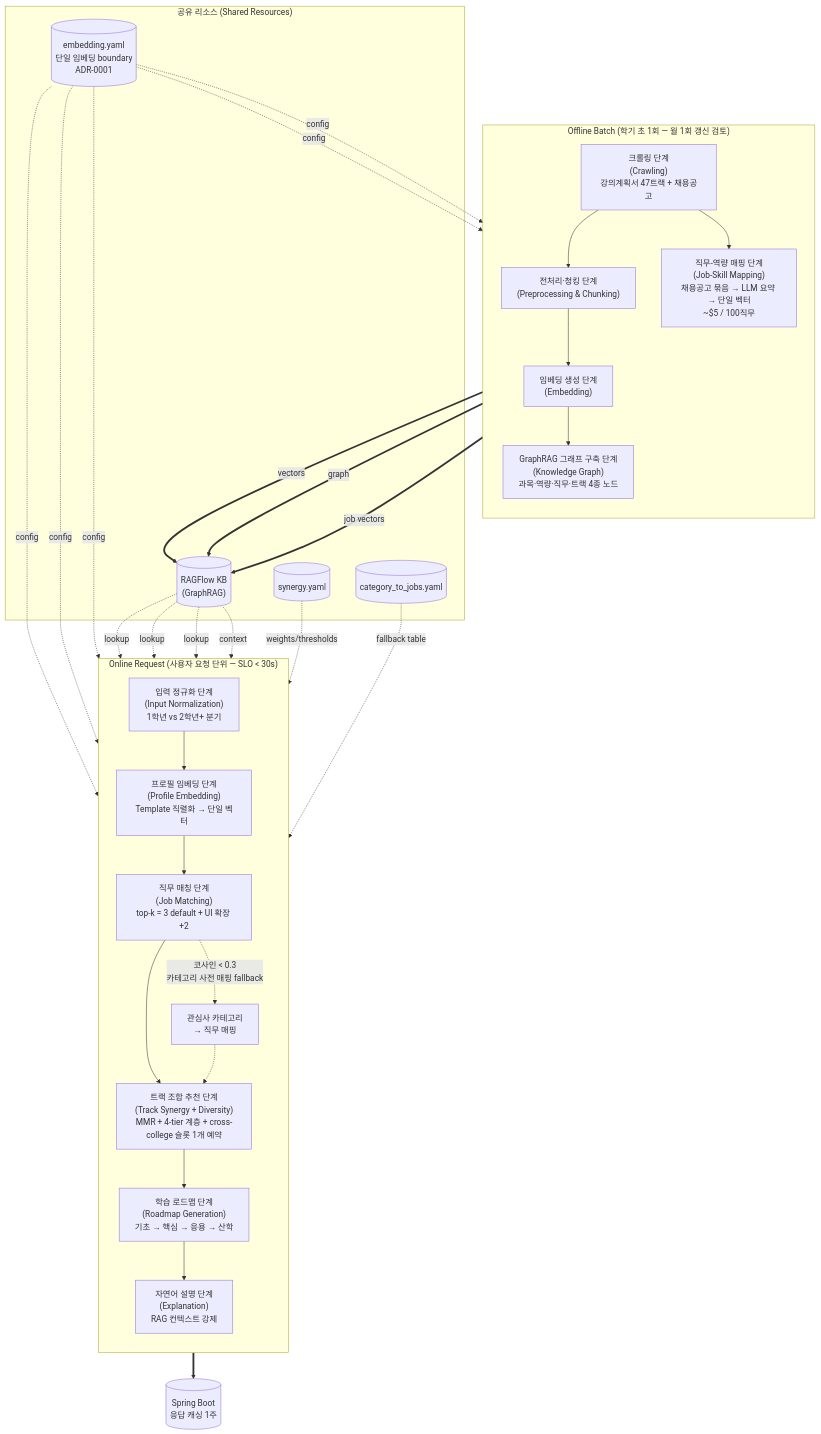
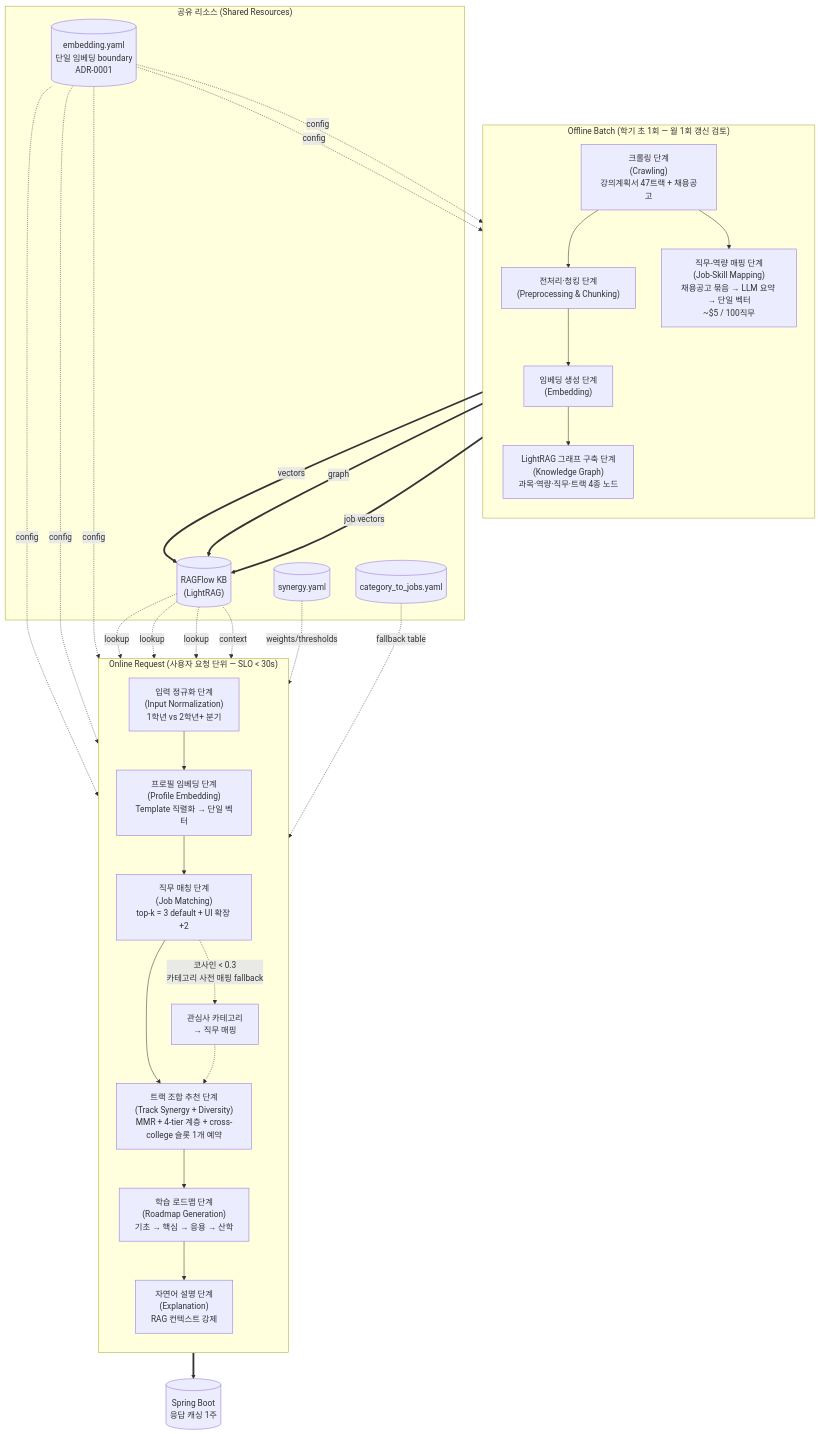
The diagram in docs/architecture/pipeline.md (Tracktory/tracktory-ai), drawn with Mermaid before and after one commit. The commit also changed other lines of this file and 4 other files, not shown here.

First line of the commit message:
docs: GraphRAG → LightRAG 표기 정합

````diff
--- a/docs/architecture/pipeline.md
+++ b/docs/architecture/pipeline.md
@@ -51,53 +51,53 @@
 ```mermaid
 flowchart TB
     subgraph SHARED["공유 리소스 (Shared Resources)"]
         EMB[("embedding.yaml<br/>단일 임베딩 boundary<br/>ADR-0001")]
-        RAGKB[("RAGFlow KB<br/>(GraphRAG)")]
+        RAGKB[("RAGFlow KB<br/>(LightRAG)")]
         SYN[("synergy.yaml")]
         CAT[("category_to_jobs.yaml")]
     end
 
     subgraph OFFLINE["Offline Batch (학기 초 1회 — 월 1회 갱신 검토)"]
         direction TB
         O_CRAWL["크롤링 단계<br/>(Crawling)<br/>강의계획서 47트랙 + 채용공고"]
         O_PRE["전처리·청킹 단계<br/>(Preprocessing &amp; Chunking)"]
         O_EMB["임베딩 생성 단계<br/>(Embedding)"]
-        O_GRAPH["GraphRAG 그래프 구축 단계<br/>(Knowledge Graph)<br/>과목·역량·직무·트랙 4종 노드"]
+        O_GRAPH["LightRAG 그래프 구축 단계<br/>(Knowledge Graph)<br/>과목·역량·직무·트랙 4종 노드"]
         O_JOB["직무-역량 매핑 단계<br/>(Job-Skill Mapping)<br/>채용공고 묶음 → LLM 요약 → 단일 벡터<br/>~$5 / 100직무"]
         O_CRAWL --> O_PRE --> O_EMB --> O_GRAPH
         O_CRAWL --> O_JOB
     end
 
     subgraph ONLINE["Online Request (사용자 요청 단위 — SLO &lt; 30s)"]
         direction TB
         N_INPUT["입력 정규화 단계<br/>(Input Normalization)<br/>1학년 vs 2학년+ 분기"]
         N_PROFILE["프로필 임베딩 단계<br/>(Profile Embedding)<br/>Template 직렬화 → 단일 벡터"]
         N_JOB["직무 매칭 단계<br/>(Job Matching)<br/>top-k = 3 default + UI 확장 +2"]
         N_TRACK["트랙 조합 추천 단계<br/>(Track Synergy + Diversity)<br/>MMR + 4-tier 계층 + cross-college 슬롯 1개 예약"]
         N_ROAD["학습 로드맵 단계<br/>(Roadmap Generation)<br/>기초 → 핵심 → 응용 → 산학"]
         N_EXP["자연어 설명 단계<br/>(Explanation)<br/>RAG 컨텍스트 강제"]
         N_INPUT --> N_PROFILE --> N_JOB --> N_TRACK --> N_ROAD --> N_EXP
         N_JOB -.->|"코사인 &lt; 0.3<br/>카테고리 사전 매핑 fallback"| N_JOB_FB["관심사 카테고리<br/>→ 직무 매핑"]
         N_JOB_FB -.-> N_TRACK
     end
 
     EMB -.->|config| O_EMB
     EMB -.->|config| O_JOB
     EMB -.->|config| N_PROFILE
     EMB -.->|config| N_JOB
     EMB -.->|config| N_TRACK
 
     O_EMB ==>|vectors| RAGKB
     O_GRAPH ==>|graph| RAGKB
     O_JOB ==>|job vectors| RAGKB
 
     RAGKB -.->|lookup| N_JOB
     RAGKB -.->|lookup| N_TRACK
     RAGKB -.->|lookup| N_ROAD
     RAGKB -.->|context| N_EXP
 
     SYN -.->|weights/thresholds| N_TRACK
     CAT -.->|fallback table| N_JOB_FB
 
     N_EXP ==> CACHE[("Spring Boot<br/>응답 캐싱 1주")]
 ```
````
